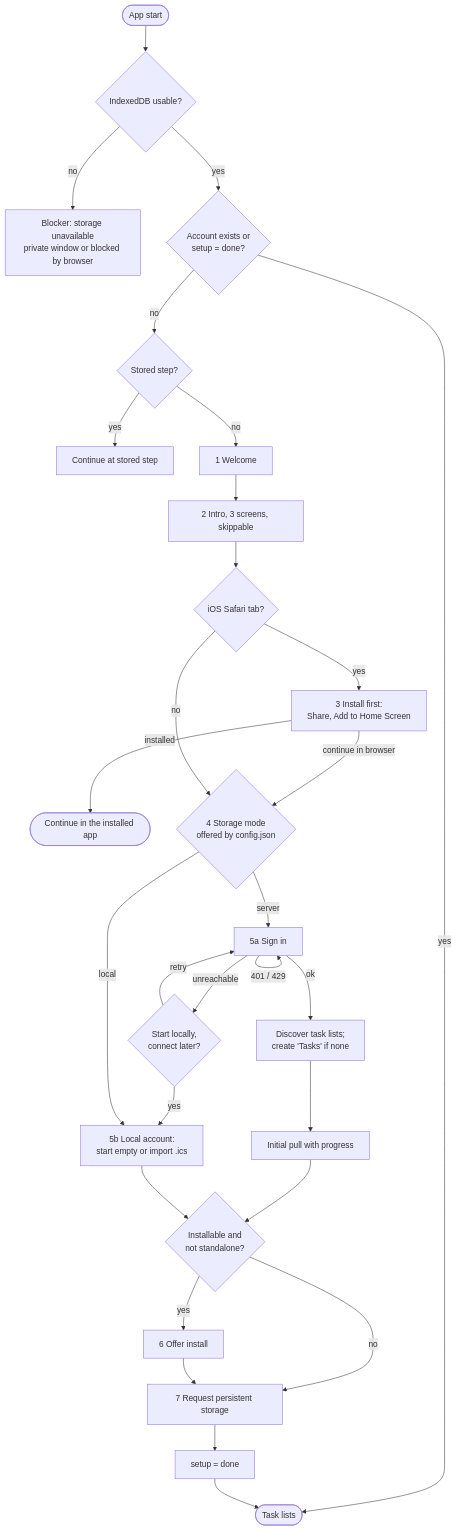
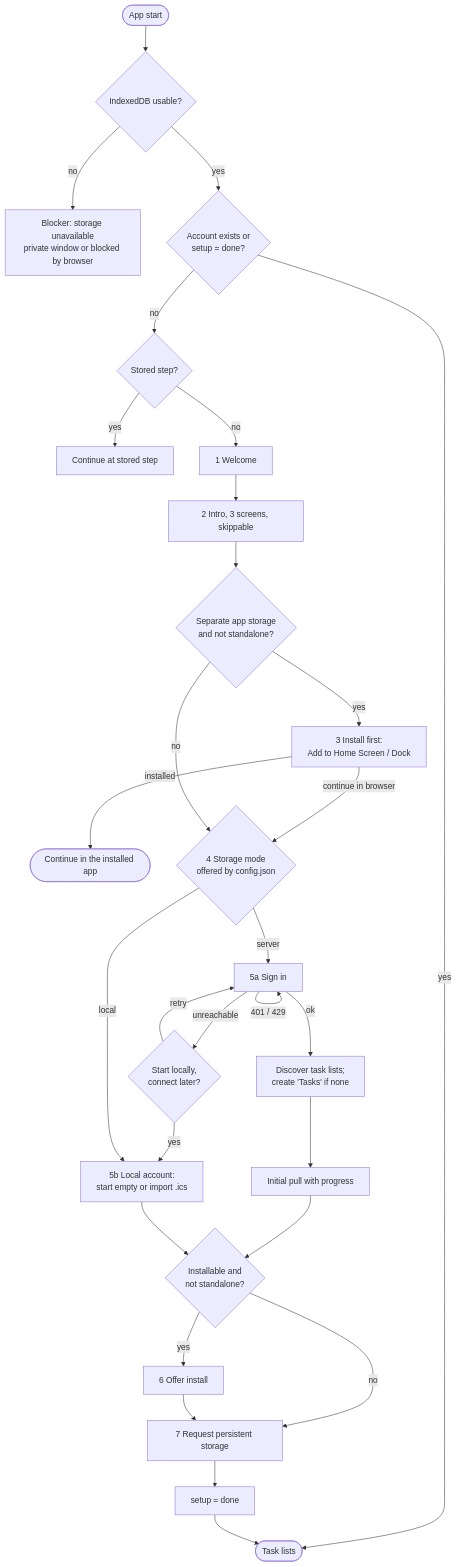
Before and after one commit to Tiliavir/haken: the diagram in docs/arc42/06-runtime-view.md, drawn with Mermaid. The commit also changed other lines of this file and 2 other files, not shown here.

First line of the commit message:
docs(arc42): clarify storage sharing between tab and installed app

````diff
--- a/docs/arc42/06-runtime-view.md
+++ b/docs/arc42/06-runtime-view.md
@@ -9,31 +19,31 @@
 ```mermaid
 flowchart TD
   start([App start]) --> idb{IndexedDB usable?}
   idb -- no --> blocked[Blocker: storage unavailable<br/>private window or blocked by browser]
   idb -- yes --> done{Account exists or<br/>setup = done?}
   done -- yes --> app([Task lists])
   done -- no --> resume{Stored step?}
   resume -- yes --> at[Continue at stored step]
   resume -- no --> welcome[1 Welcome]
   welcome --> intro[2 Intro, 3 screens, skippable]
-  intro --> ios{iOS Safari tab?}
-  ios -- yes --> iosinst[3 Install first:<br/>Share, Add to Home Screen]
+  intro --> ios{Separate app storage<br/>and not standalone?}
+  ios -- yes --> iosinst[3 Install first:<br/>Add to Home Screen / Dock]
   iosinst -- installed --> handoff([Continue in the installed app])
   iosinst -- continue in browser --> mode
   ios -- no --> mode{4 Storage mode<br/>offered by config.json}
   mode -- server --> login[5a Sign in]
   login -- 401 / 429 --> login
   login -- unreachable --> offline{Start locally,<br/>connect later?}
   offline -- retry --> login
   offline -- yes --> local
   login -- ok --> lists[Discover task lists;<br/>create 'Tasks' if none]
   lists --> pull[Initial pull with progress]
   mode -- local --> local[5b Local account:<br/>start empty or import .ics]
   pull --> inst
   local --> inst{Installable and<br/>not standalone?}
   inst -- yes --> install[6 Offer install]
   inst -- no --> persist
   install --> persist[7 Request persistent storage]
   persist --> finish[setup = done]
   finish --> app
 ```
````
